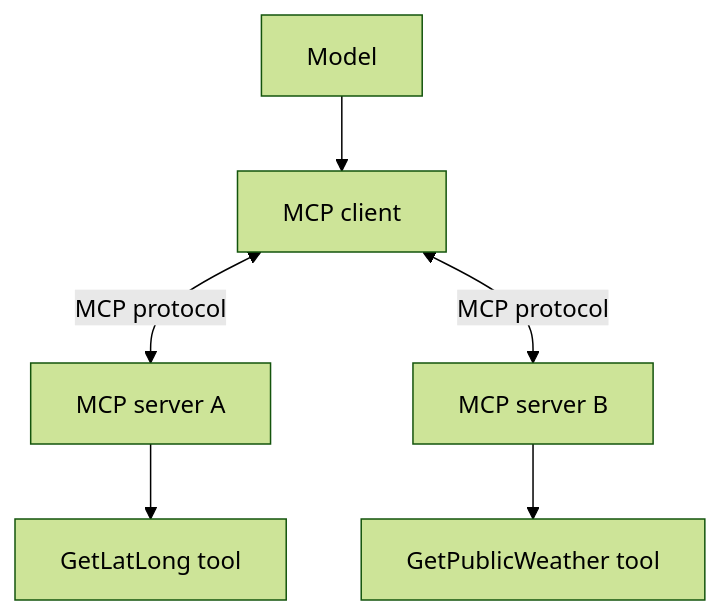
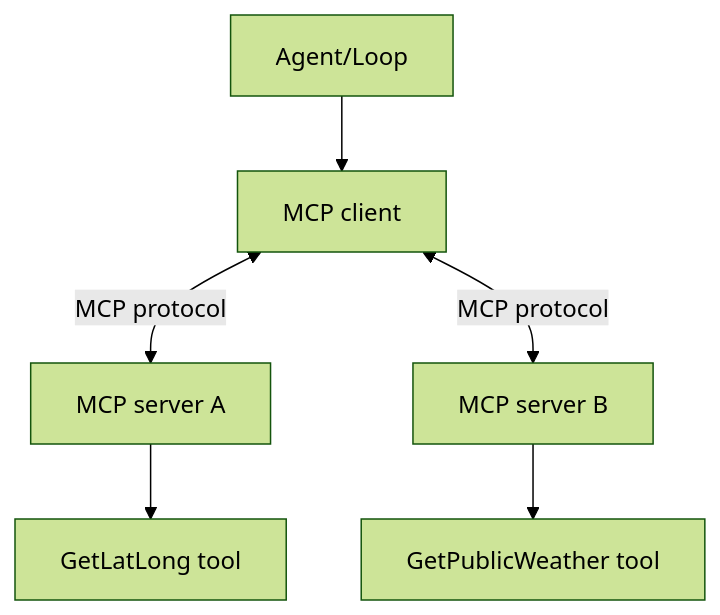
Before and after one commit to dustinkorzaan/weather-1116: diagram 14 of 31 in docs/4-demystifying-foundry-agents-mcp/demystifying-foundry-agents-mcp.md, drawn with Mermaid (forest theme). The commit also changed other lines of this file, not shown here.

First line of the commit message:
Label section 7 MCP diagrams as Agent/Loop instead of Model

````diff
--- a/docs/4-demystifying-foundry-agents-mcp/demystifying-foundry-agents-mcp.md
+++ b/docs/4-demystifying-foundry-agents-mcp/demystifying-foundry-agents-mcp.md
@@ -318,8 +318,8 @@
 ```mermaid
 flowchart TD
-    M[Model] --> MC[MCP client]
+    M[Agent/Loop] --> MC[MCP client]
     MC <-->|MCP protocol| S1[MCP server A]
     MC <-->|MCP protocol| S2[MCP server B]
     S1 --> T1[GetLatLong tool]
     S2 --> T2[GetPublicWeather tool]
 ```
````
